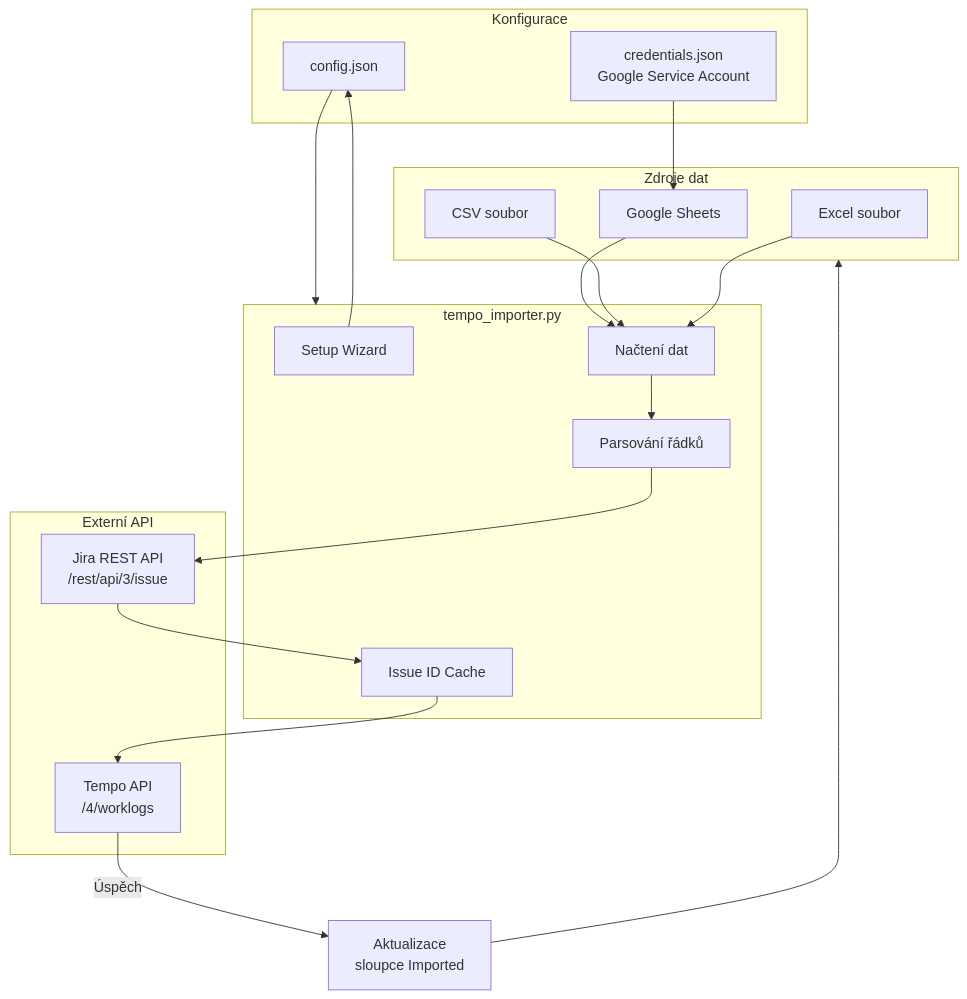
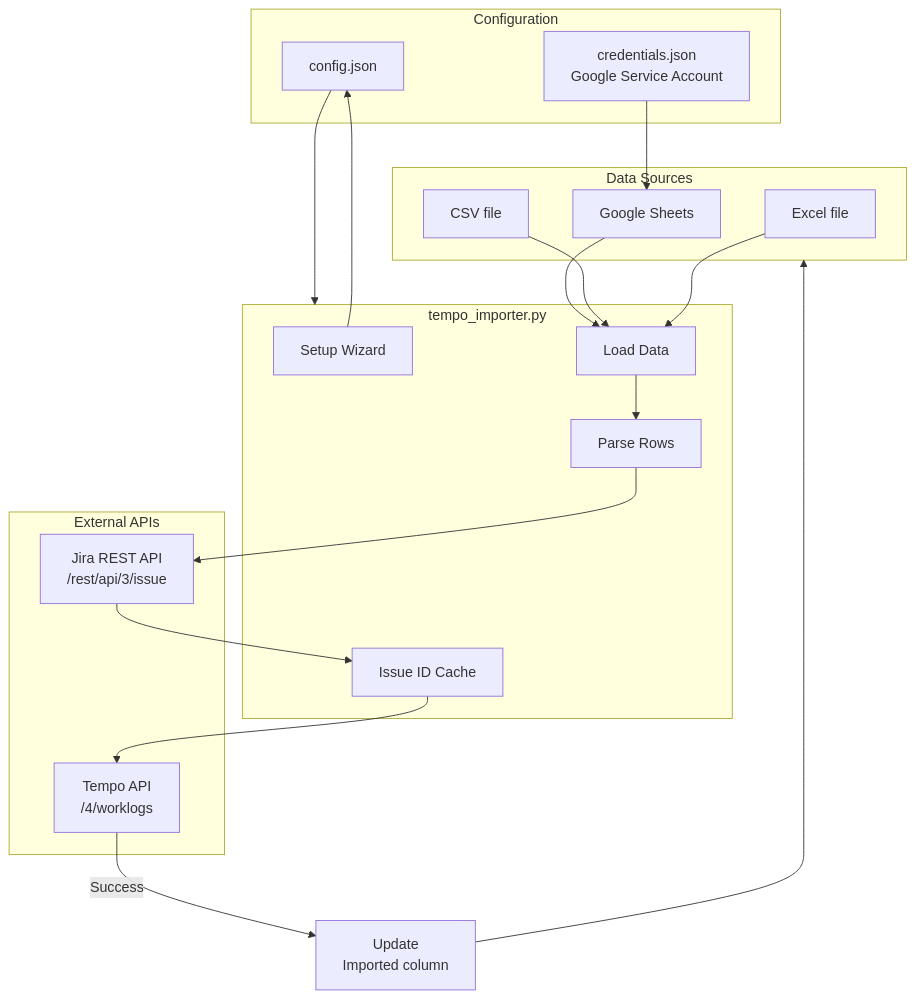
The first of 2 diagrams in README.md (martinbures97/jira-tempo-importer), drawn with Mermaid before and after one commit. The commit also changed other lines of this file and 1 other file, not shown here.

````diff
--- a/README.md
+++ b/README.md
@@ -7,40 +7,40 @@
 ```mermaid
 flowchart TB
-    subgraph Input["Zdroje dat"]
+    subgraph Input["Data Sources"]
         GS[Google Sheets]
-        CSV[CSV soubor]
-        XLS[Excel soubor]
+        CSV[CSV file]
+        XLS[Excel file]
     end
 
-    subgraph Config["Konfigurace"]
+    subgraph Config["Configuration"]
         CFG[config.json]
         CREDS[credentials.json<br/>Google Service Account]
     end
 
     subgraph App["tempo_importer.py"]
         SETUP[Setup Wizard]
-        LOAD[Načtení dat]
-        PARSE[Parsování řádků]
+        LOAD[Load Data]
+        PARSE[Parse Rows]
         CACHE[Issue ID Cache]
     end
 
-    subgraph External["Externí API"]
+    subgraph External["External APIs"]
         JIRA[Jira REST API<br/>/rest/api/3/issue]
         TEMPO[Tempo API<br/>/4/worklogs]
     end
 
     GS --> LOAD
     CSV --> LOAD
     XLS --> LOAD
     CREDS --> GS
 
     CFG --> App
     SETUP --> CFG
 
     LOAD --> PARSE
     PARSE --> JIRA
     JIRA --> CACHE
     CACHE --> TEMPO
-    TEMPO --> |Úspěch| UPDATE[Aktualizace<br/>sloupce Imported]
+    TEMPO --> |Success| UPDATE[Update<br/>Imported column]
     UPDATE --> Input
 ```
````
